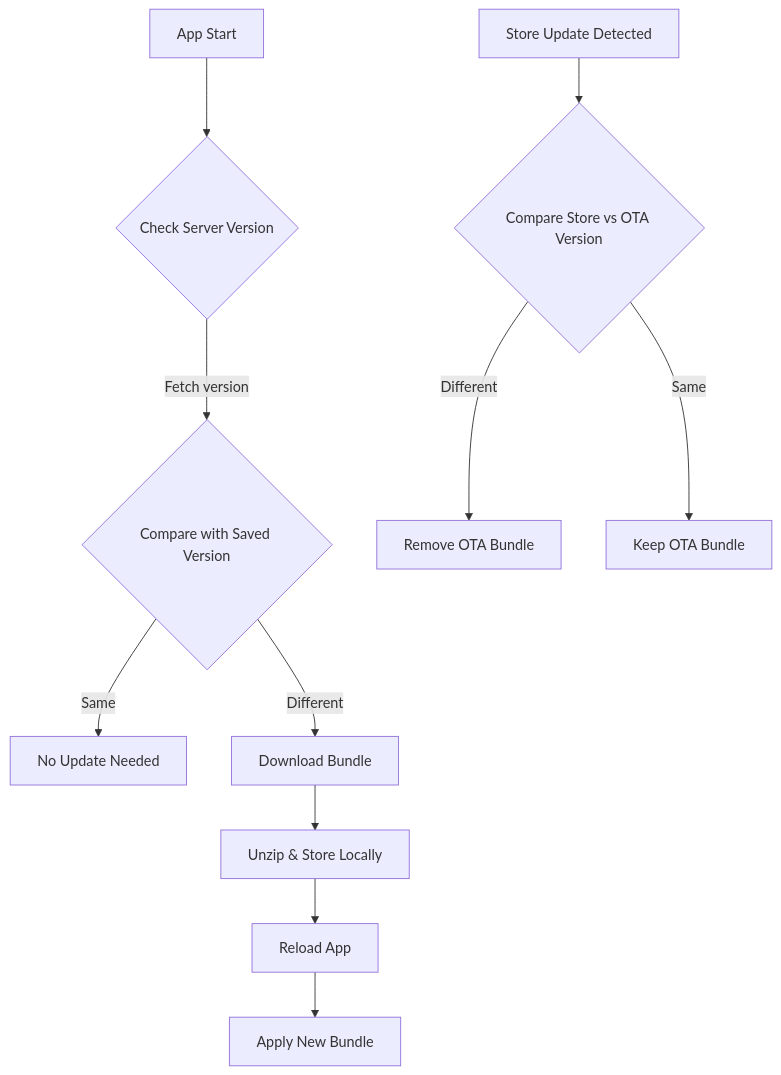
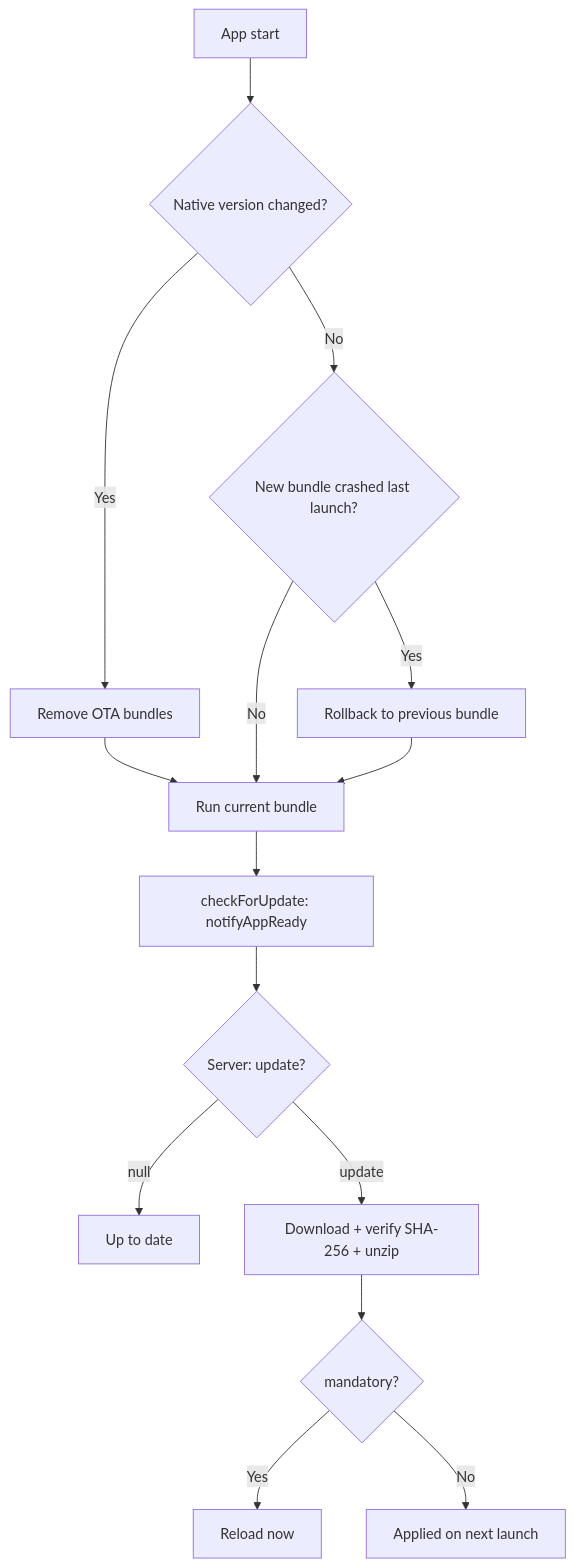
Before and after one commit to DucNhatNguyen23/react-native-ota: the diagram in README.md, drawn with Mermaid. The commit also changed other lines of this file and 17 other files, not shown here.

First line of the commit message:
feat!: server-driven update flow with rollback, assets and progress

````diff
--- a/README.md
+++ b/README.md
@@ -160,13 +253,17 @@
 ```mermaid
 graph TD
-    A[App Start] --> B{Check Server Version}
-    B -->|Fetch version| C{Compare with Saved Version}
-    C -->|Same| D[No Update Needed]
-    C -->|Different| E[Download Bundle]
-    E --> F[Unzip & Store Locally]
-    F --> G[Reload App]
-    G --> H[Apply New Bundle]
-    I[Store Update Detected] --> J{Compare Store vs OTA Version}
-    J -->|Different| K[Remove OTA Bundle]
-    J -->|Same| L[Keep OTA Bundle]
+    A[App start] --> B{Native version changed?}
+    B -->|Yes| C[Remove OTA bundles]
+    B -->|No| D{New bundle crashed last launch?}
+    C --> F
+    D -->|Yes| E[Rollback to previous bundle]
+    D -->|No| F[Run current bundle]
+    E --> F
+    F --> G[checkForUpdate: notifyAppReady]
+    G --> H{Server: update?}
+    H -->|null| I[Up to date]
+    H -->|update| J[Download + verify SHA-256 + unzip]
+    J --> K{mandatory?}
+    K -->|Yes| L[Reload now]
+    K -->|No| M[Applied on next launch]
 ```
````
